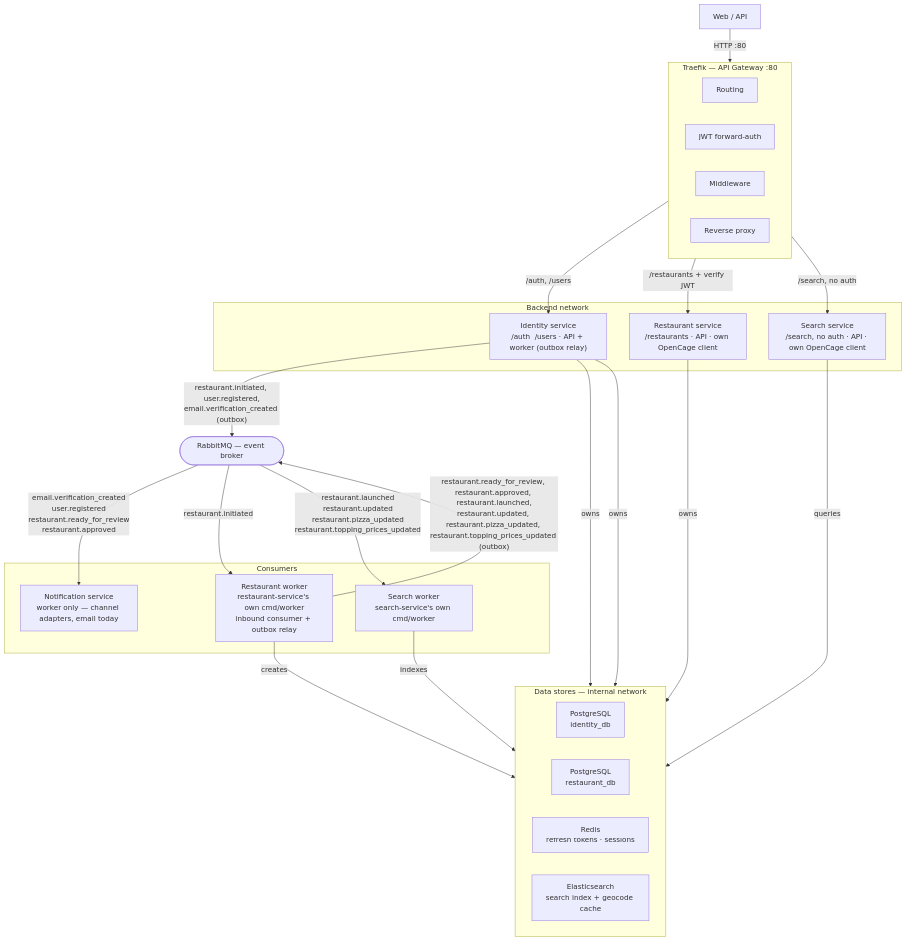
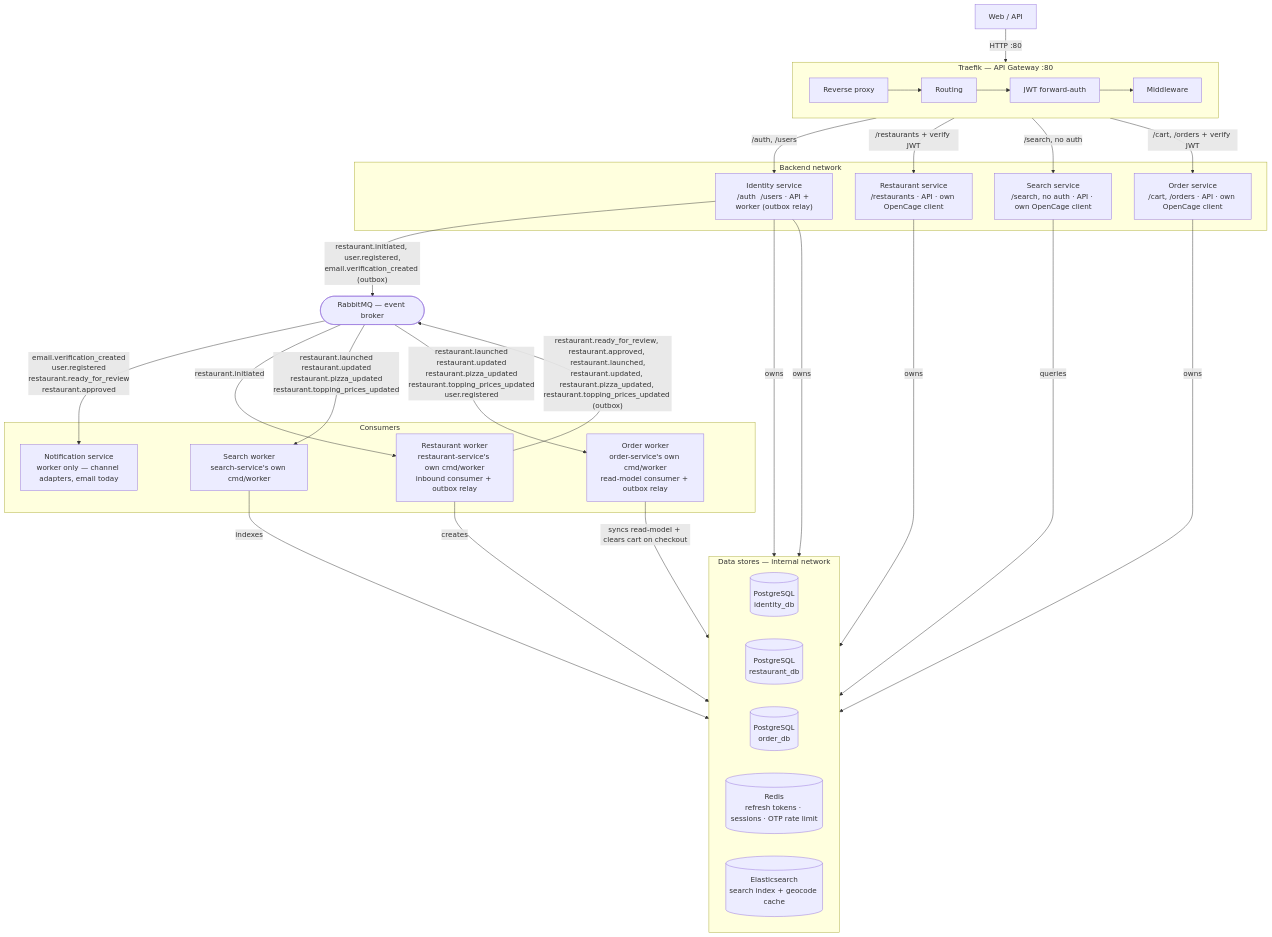
One commit to tarique-iqbal/pizza-marketplace changed the diagram in docs/architecture.md. Above: the diagram before and after it, drawn with Mermaid. The commit also changed other lines of this file, not shown here.

Commit message:
docs: add order-service to architecture diagram

````diff
--- a/docs/architecture.md
+++ b/docs/architecture.md
@@ -5,54 +5,58 @@
 ```mermaid
 flowchart TD
   CLIENT["Web / API"]
 
   subgraph GW["Traefik — API Gateway :80"]
     direction LR
-    ROUTE["Routing"]
-    JWT["JWT forward-auth"]
-    MW["Middleware"]
-    RP["Reverse proxy"]
+    RP["Reverse proxy"] --> ROUTE["Routing"] --> JWT["JWT forward-auth"] --> MW["Middleware"]
   end
 
   subgraph BACKEND["Backend network"]
     IS["Identity service\n/auth  /users · API + worker (outbox relay)"]
     RS["Restaurant service\n/restaurants · API · own OpenCage client"]
     SS["Search service\n/search, no auth · API · own OpenCage client"]
+    OS["Order service\n/cart, /orders · API · own OpenCage client"]
   end
 
   BROKER(["RabbitMQ — event broker"])
 
   subgraph CONSUMERS["Consumers"]
     NOTIF["Notification service\nworker only — channel adapters, email today"]
     RW["Restaurant worker\nrestaurant-service's own cmd/worker\ninbound consumer + outbox relay"]
     SW["Search worker\nsearch-service's own cmd/worker"]
+    OW["Order worker\norder-service's own cmd/worker\nread-model consumer + outbox relay"]
   end
 
   subgraph STORES["Data stores — internal network"]
     direction LR
-    PGI["PostgreSQL\nidentity_db"]
-    PGR["PostgreSQL\nrestaurant_db"]
-    REDIS["Redis\nrefresh tokens · sessions"]
-    ES["Elasticsearch\nsearch index + geocode cache"]
+    PGI[("PostgreSQL\nidentity_db")]
+    PGR[("PostgreSQL\nrestaurant_db")]
+    PGO[("PostgreSQL\norder_db")]
+    REDIS[("Redis\nrefresh tokens · sessions · OTP rate limit")]
+    ES[("Elasticsearch\nsearch index + geocode cache")]
   end
 
   CLIENT -->|HTTP :80| GW
   GW -->|"/auth, /users"| IS
   GW -->|"/restaurants + verify JWT"| RS
   GW -->|"/search, no auth"| SS
+  GW -->|"/cart, /orders + verify JWT"| OS
 
   IS -->|owns| PGI
   IS -->|owns| REDIS
   RS -->|owns| PGR
   SS -->|queries| ES
+  OS -->|owns| PGO
 
   IS -- "restaurant.initiated, user.registered,\nemail.verification_created (outbox)" --> BROKER
   RW -- "restaurant.ready_for_review, restaurant.approved, restaurant.launched,\nrestaurant.updated, restaurant.pizza_updated, restaurant.topping_prices_updated (outbox)" --> BROKER
 
   BROKER -- "email.verification_created\nuser.registered\nrestaurant.ready_for_review\nrestaurant.approved" --> NOTIF
   BROKER -- "restaurant.initiated" --> RW
   BROKER -- "restaurant.launched\nrestaurant.updated\nrestaurant.pizza_updated\nrestaurant.topping_prices_updated" --> SW
+  BROKER -- "restaurant.launched\nrestaurant.updated\nrestaurant.pizza_updated\nrestaurant.topping_prices_updated\nuser.registered" --> OW
 
   RW -->|creates| PGR
   SW -->|indexes| ES
+  OW -->|syncs read-model + clears cart on checkout| PGO
 ```
````
